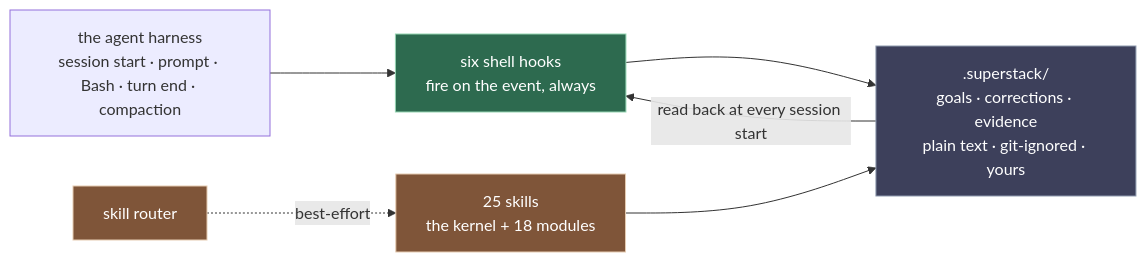
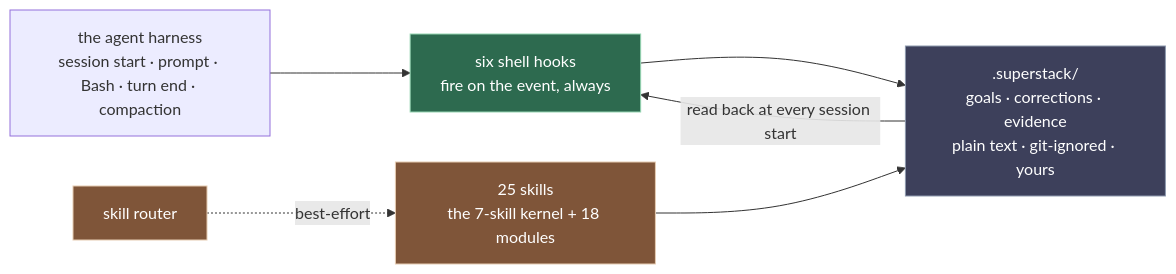
The first of 2 diagrams in README.md (debabsah/superstack), drawn with Mermaid before and after one commit. The commit also changed other lines of this file and 10 other files, not shown here.

````diff
--- a/README.md
+++ b/README.md
@@ -129,15 +146,15 @@
 ```mermaid
 graph LR
   E["the agent harness<br/>session start · prompt · Bash · turn end · compaction"] --> H["six shell hooks<br/>fire on the event, always"]
-  R["skill router"] -.->|"best-effort"| K["25 skills<br/>the kernel + 18 modules"]
+  R["skill router"] -.->|"best-effort"| K["25 skills<br/>the 7-skill kernel + 18 modules"]
   H --> S[".superstack/<br/>goals · corrections · evidence<br/>plain text · git-ignored · yours"]
   K --> S
   S -->|"read back at every session start"| H
 
   classDef green fill:#2d6a4f,stroke:#95d5b2,color:#fff
   classDef amber fill:#7f5539,stroke:#e6ccb2,color:#fff
   classDef grey  fill:#3d405b,stroke:#8d99ae,color:#fff
   class H green
   class R,K amber
   class S grey
 ```
````
